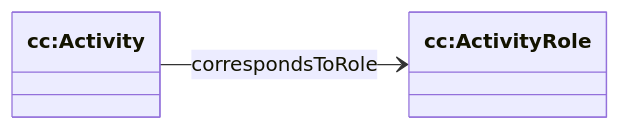
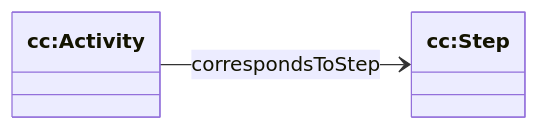
The second of 3 diagrams in packages/churchcore-ontology/docs/ontology/overview.md (RichCanvas3/churchcore), drawn with Mermaid before and after one commit. The commit also changed other lines of this file and 12 other files, not shown here.

Commit message:
changed ActivityRole to Step

````diff
--- a/packages/churchcore-ontology/docs/ontology/overview.md
+++ b/packages/churchcore-ontology/docs/ontology/overview.md
@@ -58,9 +58,9 @@
 ```mermaid
 classDiagram
 direction LR
 
 class cc_Activity["cc:Activity"]
-class cc_ActivityRole["cc:ActivityRole"]
+class cc_Step["cc:Step"]
 
-cc_Activity --> cc_ActivityRole : correspondsToRole
+cc_Activity --> cc_Step : correspondsToStep
 ```
````
